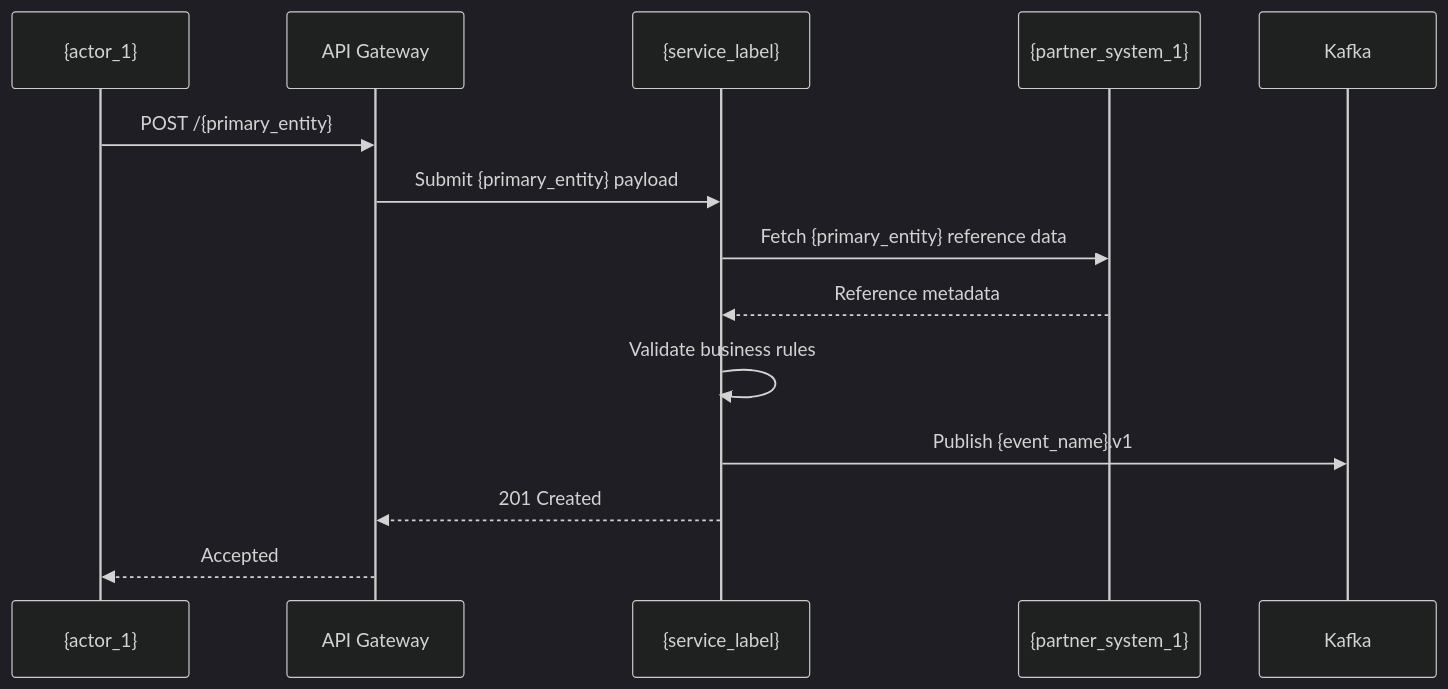
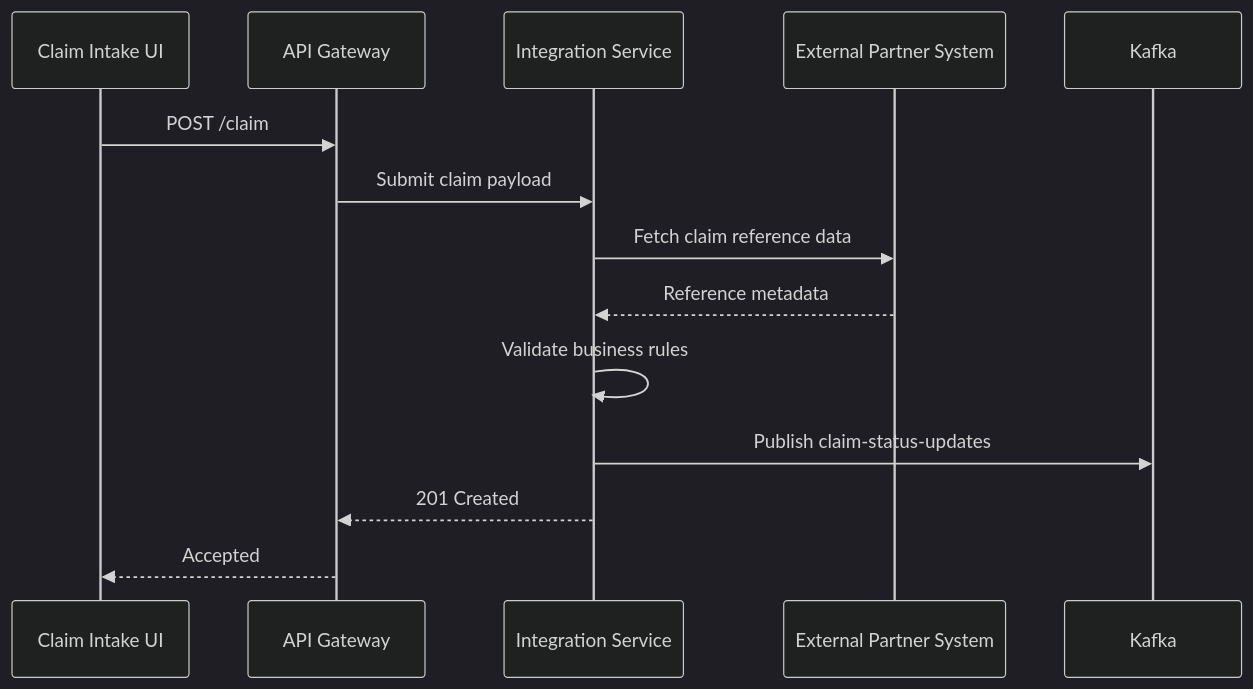
One commit to srinivma1/awesome-copilot changed the second of 7 diagrams in HLD.md. Above: the diagram before and after it, drawn with Mermaid (dark theme). The commit also changed other lines of this file, not shown here.

````diff
--- a/HLD.md
+++ b/HLD.md
@@ -540,16 +539,16 @@
 ```mermaid
 sequenceDiagram
-    participant UI as {actor_1}
+    participant UI as Claim Intake UI
     participant GW as API Gateway
-    participant S as {service_label}
-    participant P as {partner_system_1}
+    participant S as Integration Service
+    participant P as External Partner System
     participant K as Kafka
-    UI->>GW: POST /{primary_entity}
-    GW->>S: Submit {primary_entity} payload
-    S->>P: Fetch {primary_entity} reference data
+    UI->>GW: POST /claim
+    GW->>S: Submit claim payload
+    S->>P: Fetch claim reference data
     P-->>S: Reference metadata
     S->>S: Validate business rules
-    S->>K: Publish {event_name}.v1
+    S->>K: Publish claim-status-updates
     S-->>GW: 201 Created
     GW-->>UI: Accepted
 ```
````
